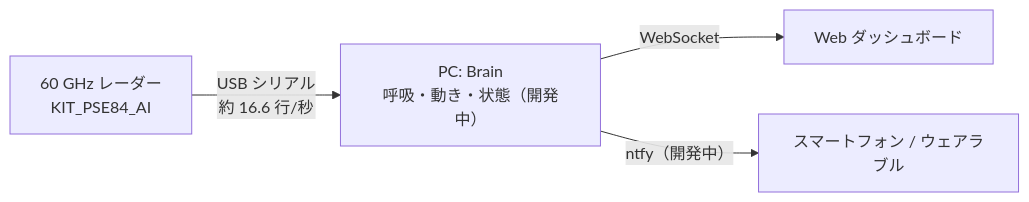
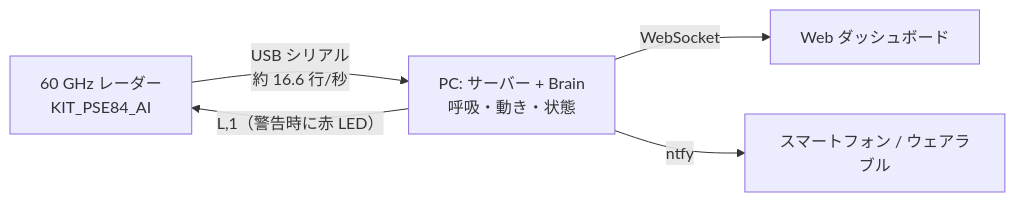
The diagram in README.md (jphacks/hs_2605), drawn with Mermaid before and after one commit. The commit also changed other lines of this file, not shown here.

````diff
--- a/README.md
+++ b/README.md
@@ -44,6 +45,7 @@
 ```mermaid
 flowchart LR
-  R["60 GHz レーダー<br>KIT_PSE84_AI"] -- "USB シリアル<br>約 16.6 行/秒" --> B["PC: Brain<br>呼吸・動き・状態（開発中）"]
-  B -- "WebSocket" --> W["Web ダッシュボード"]
-  B -- "ntfy（開発中）" --> N["スマートフォン / ウェアラブル"]
+  R["60 GHz レーダー<br>KIT_PSE84_AI"] -- "USB シリアル<br>約 16.6 行/秒" --> S["PC: サーバー + Brain<br>呼吸・動き・状態"]
+  S -- "WebSocket" --> W["Web ダッシュボード"]
+  S -- "ntfy" --> N["スマートフォン / ウェアラブル"]
+  S -- "L,1（警告時に赤 LED）" --> R
 ```
````
